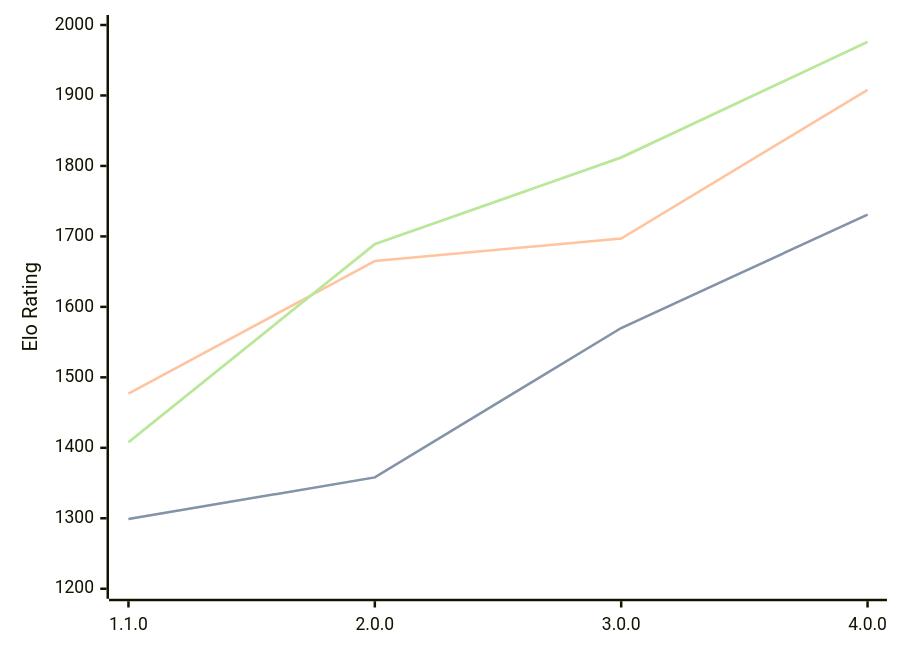
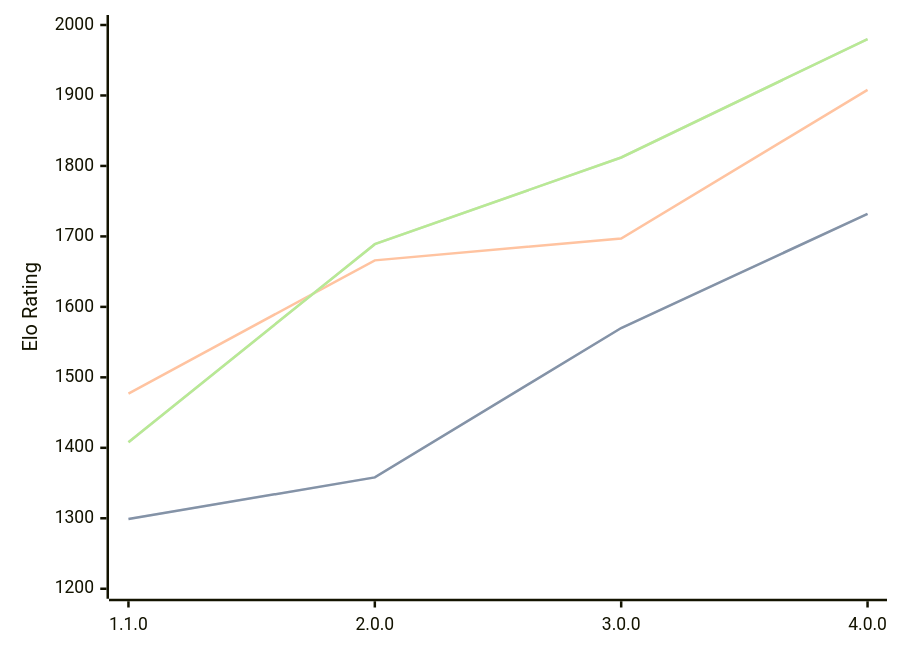
The diagram in engines/Laura.md (computer-chess-index/cci), drawn with Mermaid before and after one commit. The commit also changed other lines of this file, not shown here.

Commit message:
Update CCI Ratings (ELO VLTC) - 2026-09-07

````diff
--- a/engines/Laura.md
+++ b/engines/Laura.md
@@ -34,11 +34,11 @@
 ```mermaid
 %%{init: {"theme":"base","themeVariables":{"seriesColors:['#a3a3a3','#222221','#faa371']}}}%%
 xychart-beta
   x-axis ["1.1.0", "2.0.0", "3.0.0", "4.0.0"]
   y-axis "Elo Rating" 1200 --> 2000
-  line "" [1299, 1358, 1570, 1731]
-  line "STC (8.0+0.08s)" [1299, 1358, 1570, 1731]
-  line "LTC (60.0+0.60s)" [1477, 1665, 1697, 1908]
-  line "" [1408, 1689, 1812, 1976]
-  line "VLTC (2m24s+1.12s)" [1408, 1689, 1812, 1976]
+  line "" [1299, 1358, 1570, 1732]
+  line "STC (8.0+0.08s)" [1299, 1358, 1570, 1732]
+  line "LTC (60.0+0.60s)" [1477, 1666, 1697, 1908]
+  line "" [1408, 1689, 1812, 1980]
+  line "VLTC (2m24s+1.12s)" [1408, 1689, 1812, 1980]
 ```
````
